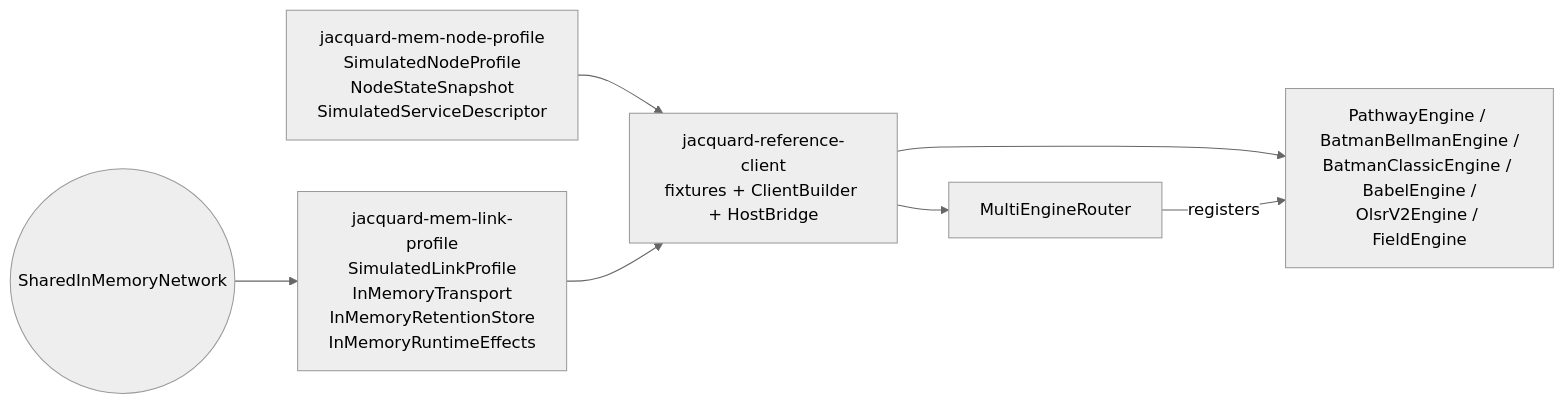
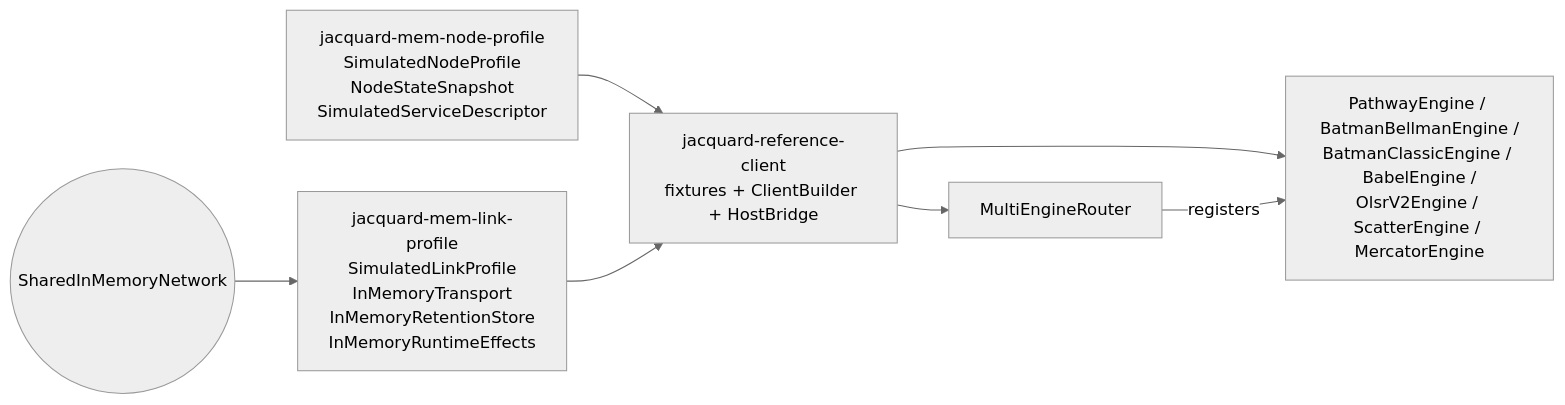
The diagram in docs/305_profile_reference.md (hxrts/jacquard), drawn with Mermaid (neutral theme) before and after one commit. The commit also changed other lines of this file and 220 other files, not shown here.

Commit message:
Remove Field engine from Jacquard

````diff
--- a/docs/305_profile_reference.md
+++ b/docs/305_profile_reference.md
@@ -34,16 +34,16 @@
 ```mermaid
 graph LR
   NodeProfile[jacquard-mem-node-profile<br/>SimulatedNodeProfile<br/>NodeStateSnapshot<br/>SimulatedServiceDescriptor]
   LinkProfile[jacquard-mem-link-profile<br/>SimulatedLinkProfile<br/>InMemoryTransport<br/>InMemoryRetentionStore<br/>InMemoryRuntimeEffects]
   Network((SharedInMemoryNetwork))
   Ref[jacquard-reference-client<br/>fixtures + ClientBuilder + HostBridge]
   Router[MultiEngineRouter]
-  Engines[PathwayEngine / BatmanBellmanEngine /<br/>BatmanClassicEngine / BabelEngine /<br/>OlsrV2Engine / FieldEngine]
+  Engines[PathwayEngine / BatmanBellmanEngine /<br/>BatmanClassicEngine / BabelEngine /<br/>OlsrV2Engine / ScatterEngine / MercatorEngine]
 
   NodeProfile --> Ref
   LinkProfile --> Ref
   Network --> LinkProfile
   Ref --> Router
   Ref --> Engines
   Router -- registers --> Engines
 ```
````
